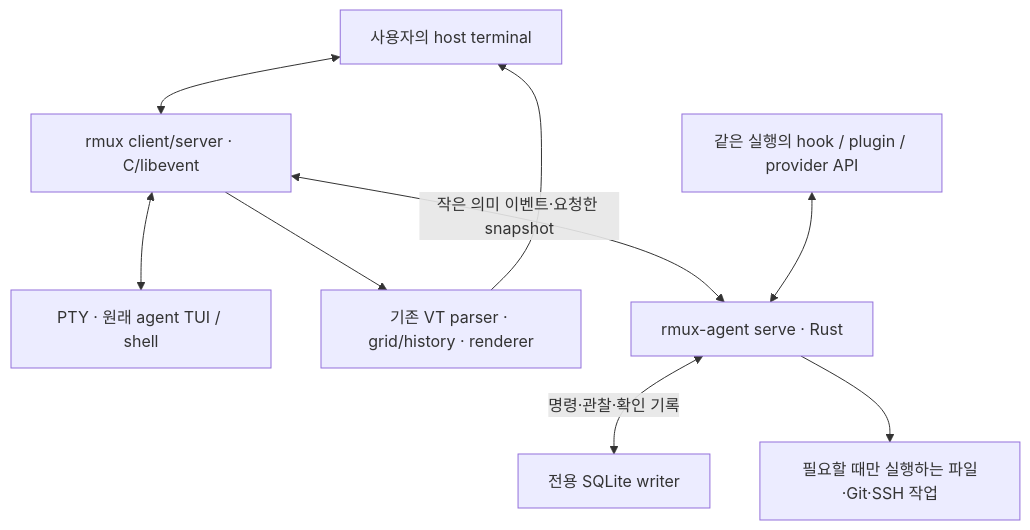
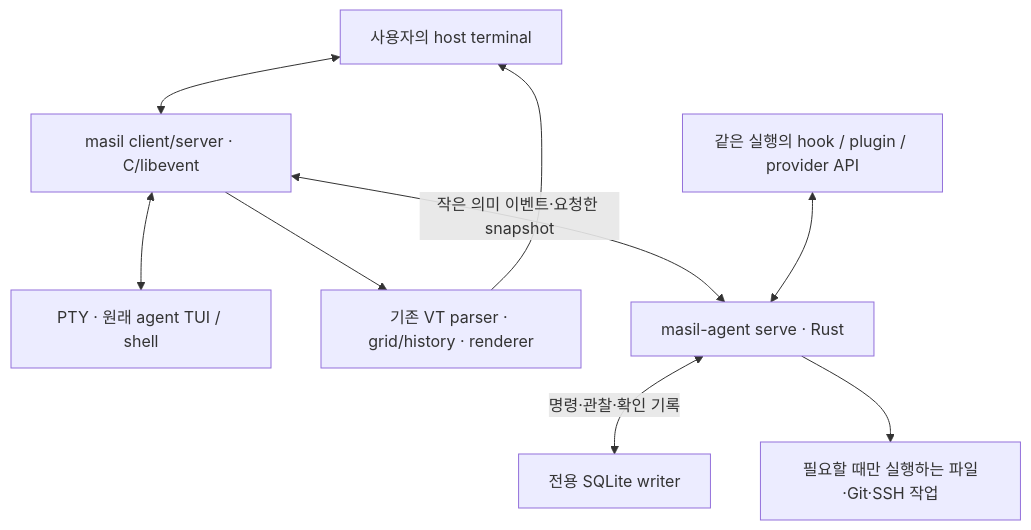
The diagram in docs/architecture.md (Ochichan/masil), drawn with Mermaid before and after one commit. The commit also changed other lines of this file and 183 other files, not shown here.

First line of the commit message:
refactor: rename the project from rmux to masil

````diff
--- a/docs/architecture.md
+++ b/docs/architecture.md
@@ -47,11 +47,11 @@
 ```mermaid
 flowchart TB
-  U[사용자의 host terminal] <--> C[rmux client/server · C/libevent]
+  U[사용자의 host terminal] <--> C[masil client/server · C/libevent]
   C <--> P[PTY · 원래 agent TUI / shell]
   C --> G[기존 VT parser · grid/history · renderer]
   G --> U
-  C <-->|작은 의미 이벤트·요청한 snapshot| A[rmux-agent serve · Rust]
+  C <-->|작은 의미 이벤트·요청한 snapshot| A[masil-agent serve · Rust]
   H[같은 실행의 hook / plugin / provider API] <--> A
   A <-->|명령·관찰·확인 기록| D[전용 SQLite writer]
   A --> J[필요할 때만 실행하는 파일·Git·SSH 작업]
 ```
````
